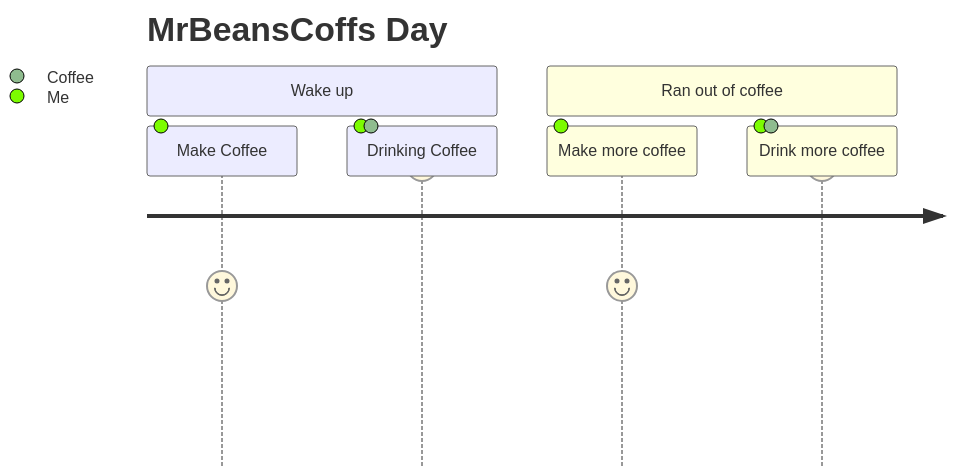
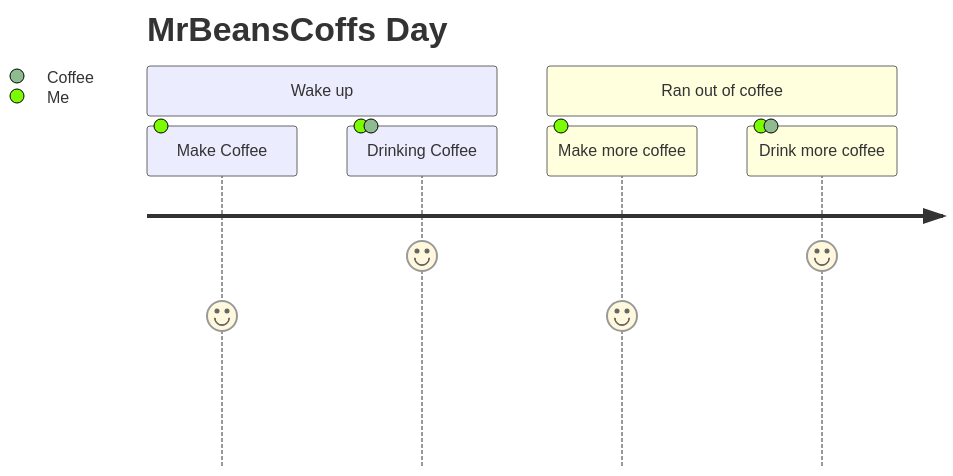
The diagram in README.md (MrBeansCoff/MrBeansCoff), drawn with Mermaid before and after one commit.

````diff
--- a/README.md
+++ b/README.md
@@ -137,12 +137,12 @@
 ```mermaid
  journey
    title MrBeansCoffs Day
 
    section Wake up
-      Make Coffee: 6: Me
-      Drinking Coffee: 10: Me, Coffee
+      Make Coffee: 5: Me
+      Drinking Coffee: 7: Me, Coffee
 
    section Ran out of coffee
-   Make more coffee: 6: Me
-   Drink more coffee: 10: Me, Coffee
+   Make more coffee: 5: Me
+   Drink more coffee: 7: Me, Coffee
 ```
````
